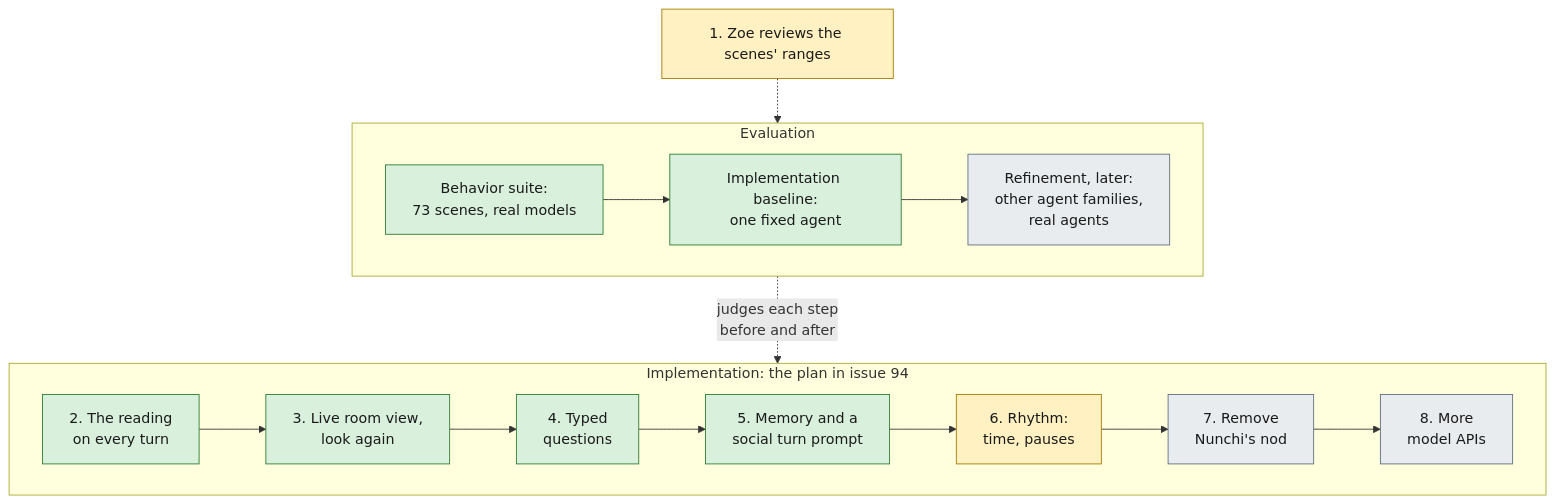
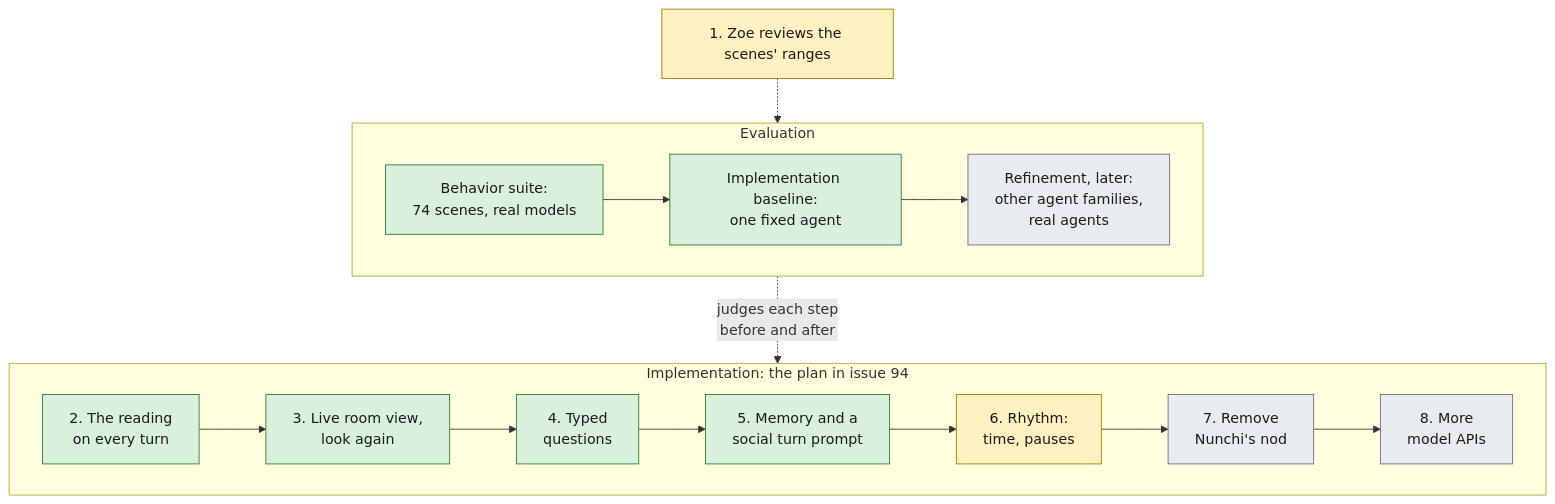
Before and after one commit to mentatzoe/nunchi: the third of 3 diagrams in README.md, drawn with Mermaid. The commit also changed 3 other files, not shown here.

````diff
--- a/README.md
+++ b/README.md
@@ -85,27 +85,27 @@
 ```mermaid
 flowchart TB
     classDef done fill:#d8f0dc,stroke:#2e7d32,color:#1a1a1a
     classDef next fill:#fff1c2,stroke:#a67c00,color:#1a1a1a
     classDef later fill:#e8ecef,stroke:#607080,color:#1a1a1a
     subgraph build["Implementation: the plan in issue 94"]
         direction LR
         p2["2. The reading<br/>on every turn"]:::done
         p3["3. Live room view,<br/>look again"]:::done
         p4["4. Typed<br/>questions"]:::done
         p5["5. Memory and a<br/>social turn prompt"]:::done
         p6["6. Rhythm:<br/>time, pauses"]:::next
         p7["7. Remove<br/>Nunchi's nod"]:::later
         p8["8. More<br/>model APIs"]:::later
         p2 --> p3 --> p4 --> p5 --> p6 --> p7 --> p8
     end
     subgraph measure["Evaluation"]
         direction LR
-        e1["Behavior suite:<br/>73 scenes, real models"]:::done
+        e1["Behavior suite:<br/>74 scenes, real models"]:::done
         e2["Implementation baseline:<br/>one fixed agent"]:::done
         e3["Refinement, later:<br/>other agent families,<br/>real agents"]:::later
         e1 --> e2 --> e3
     end
     p1["1. Zoe reviews the scenes' ranges"]:::next
     p1 -.-> measure
     measure -. "judges each step<br/>before and after" .-> build
 ```
````
